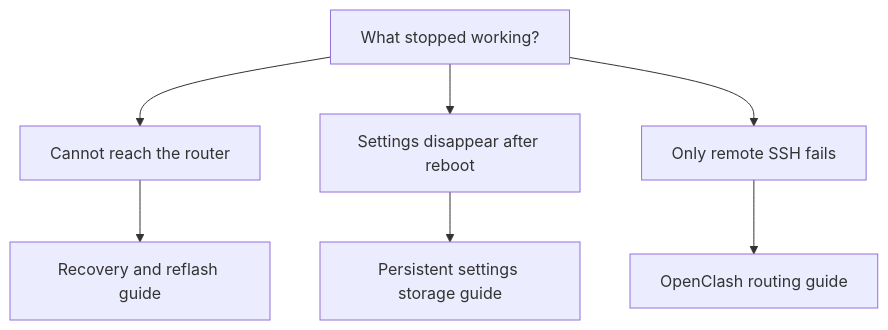
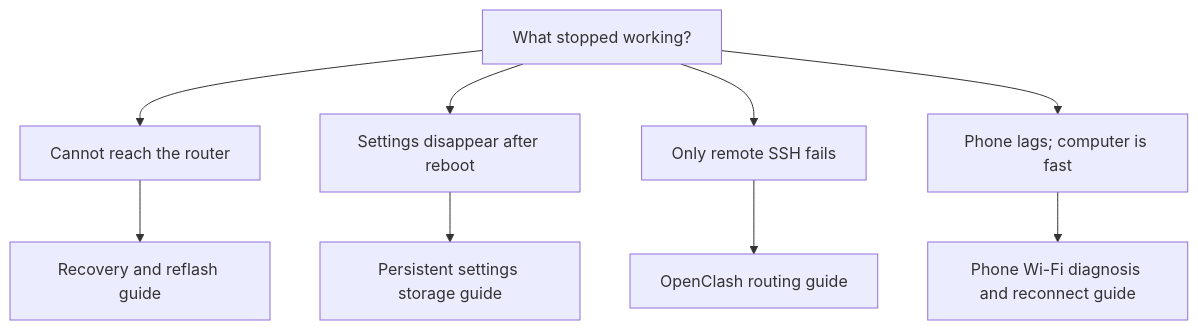
Before and after one commit to oraoraoraaa/openwrt-notes: the diagram in README.md, drawn with Mermaid. The commit also changed other lines of this file and 1 other file, not shown here.

Commit message:
docs: add phone wifi lag diagnosis and reconnect guide

````diff
--- a/README.md
+++ b/README.md
@@ -14,9 +15,11 @@
 ```mermaid
 flowchart TD
     A["What stopped working?"] --> B["Cannot reach the router"]
     A --> C["Settings disappear after reboot"]
     A --> D["Only remote SSH fails"]
+    A --> P["Phone lags; computer is fast"]
     B --> E["Recovery and reflash guide"]
     C --> F["Persistent settings storage guide"]
     D --> G["OpenClash routing guide"]
+    P --> Q["Phone Wi-Fi diagnosis and reconnect guide"]
 ```
````
